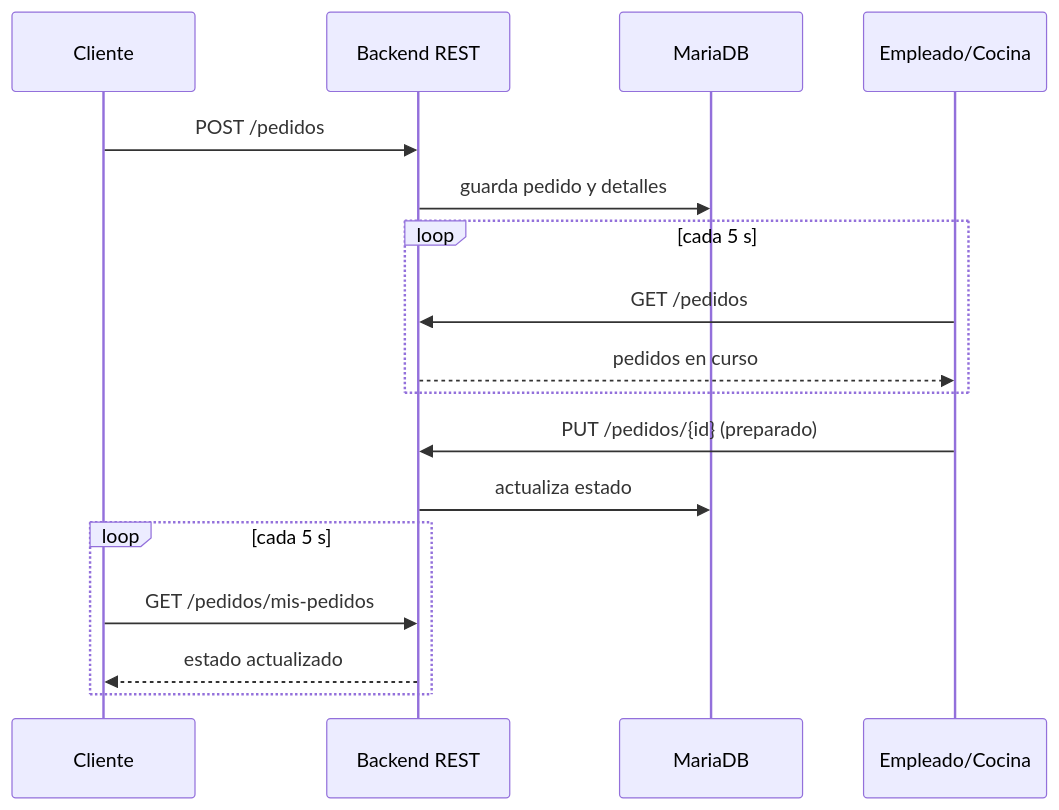
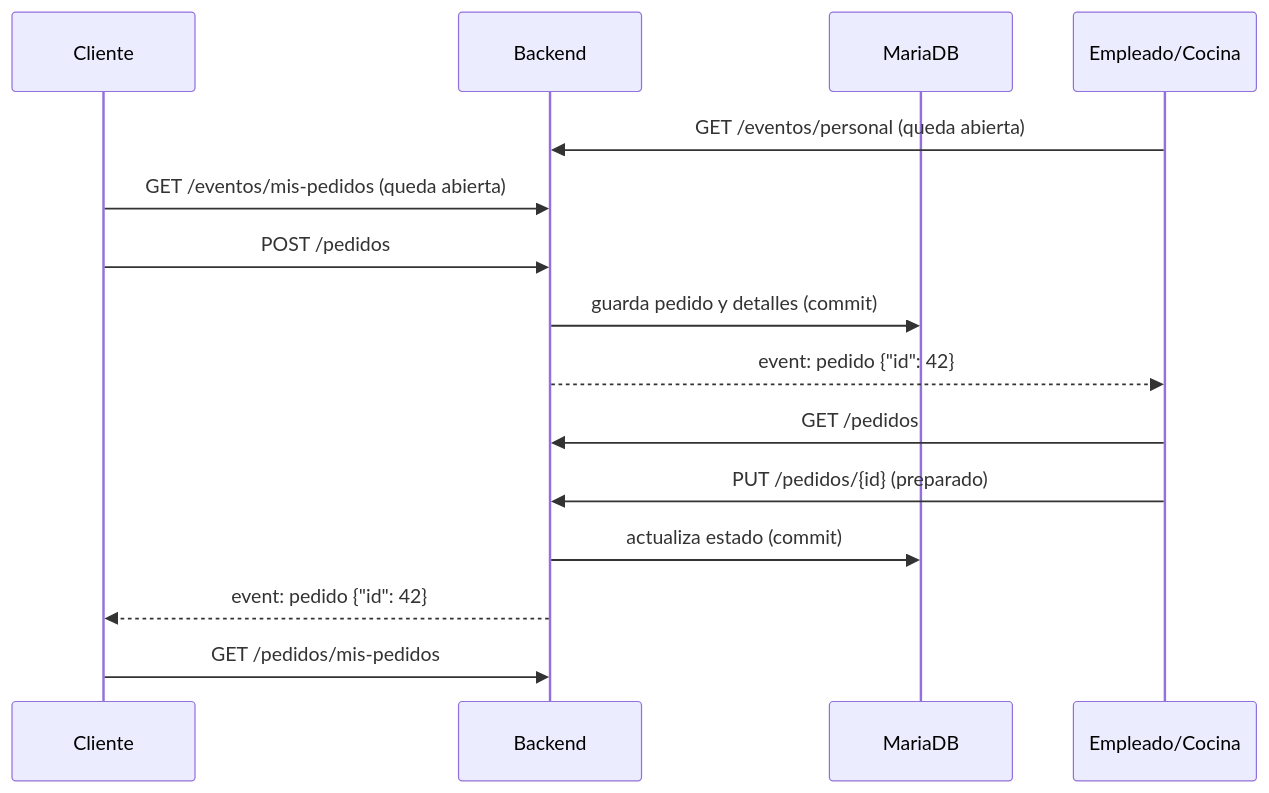
The fourth of 4 diagrams in docs/backend.md (juanparejog/BarHub2.0), drawn with Mermaid before and after one commit. The commit also changed other lines of this file and 39 other files, not shown here.

````diff
--- a/docs/backend.md
+++ b/docs/backend.md
@@ -197,20 +207,18 @@
 ```mermaid
 sequenceDiagram
     participant Cl as Cliente
-    participant API as Backend REST
+    participant API as Backend
     participant DB as MariaDB
     participant St as Empleado/Cocina
 
+    St->>API: GET /eventos/personal (queda abierta)
+    Cl->>API: GET /eventos/mis-pedidos (queda abierta)
     Cl->>API: POST /pedidos
-    API->>DB: guarda pedido y detalles
-    loop cada 5 s
-        St->>API: GET /pedidos
-        API-->>St: pedidos en curso
-    end
+    API->>DB: guarda pedido y detalles (commit)
+    API-->>St: event: pedido {"id": 42}
+    St->>API: GET /pedidos
     St->>API: PUT /pedidos/{id} (preparado)
-    API->>DB: actualiza estado
-    loop cada 5 s
-        Cl->>API: GET /pedidos/mis-pedidos
-        API-->>Cl: estado actualizado
-    end
+    API->>DB: actualiza estado (commit)
+    API-->>Cl: event: pedido {"id": 42}
+    Cl->>API: GET /pedidos/mis-pedidos
 ```
````
